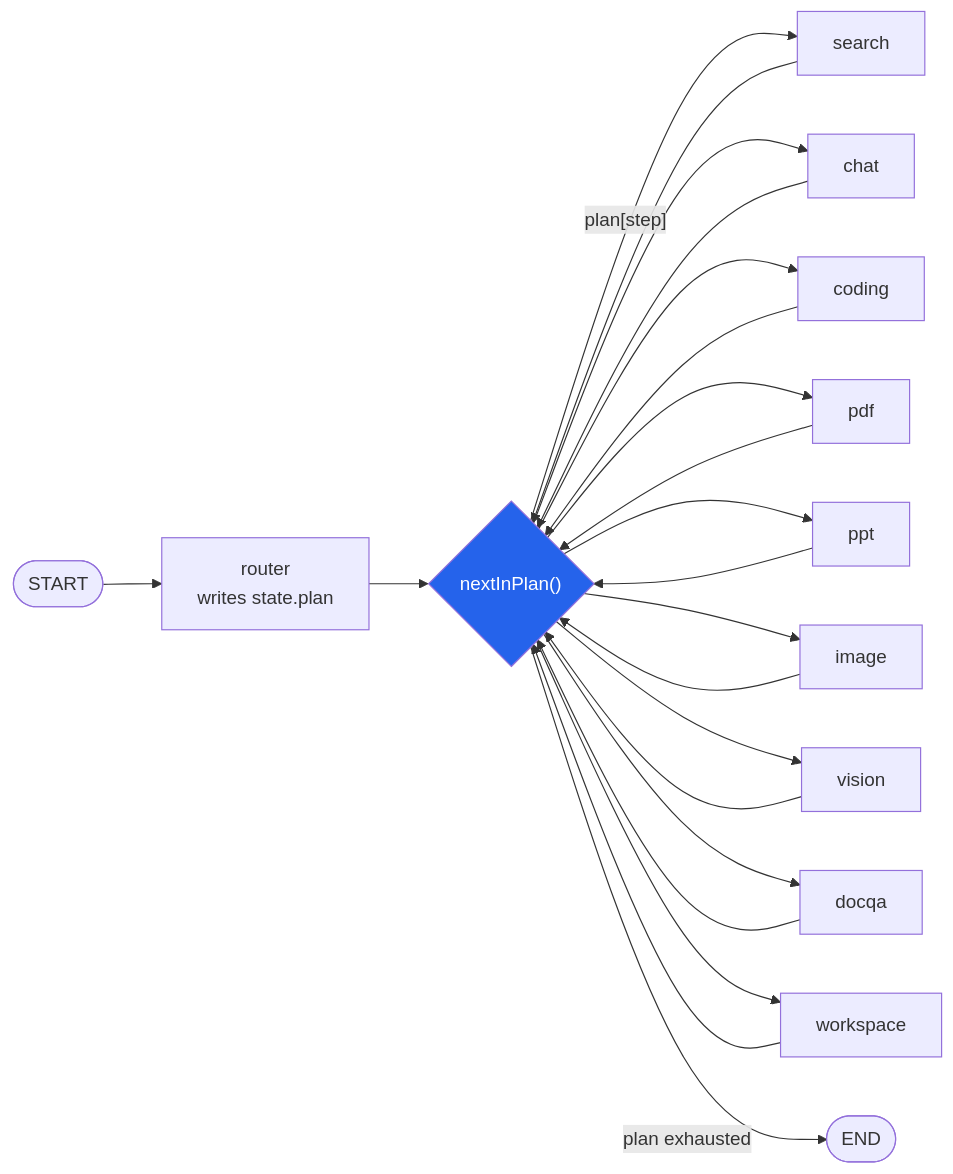
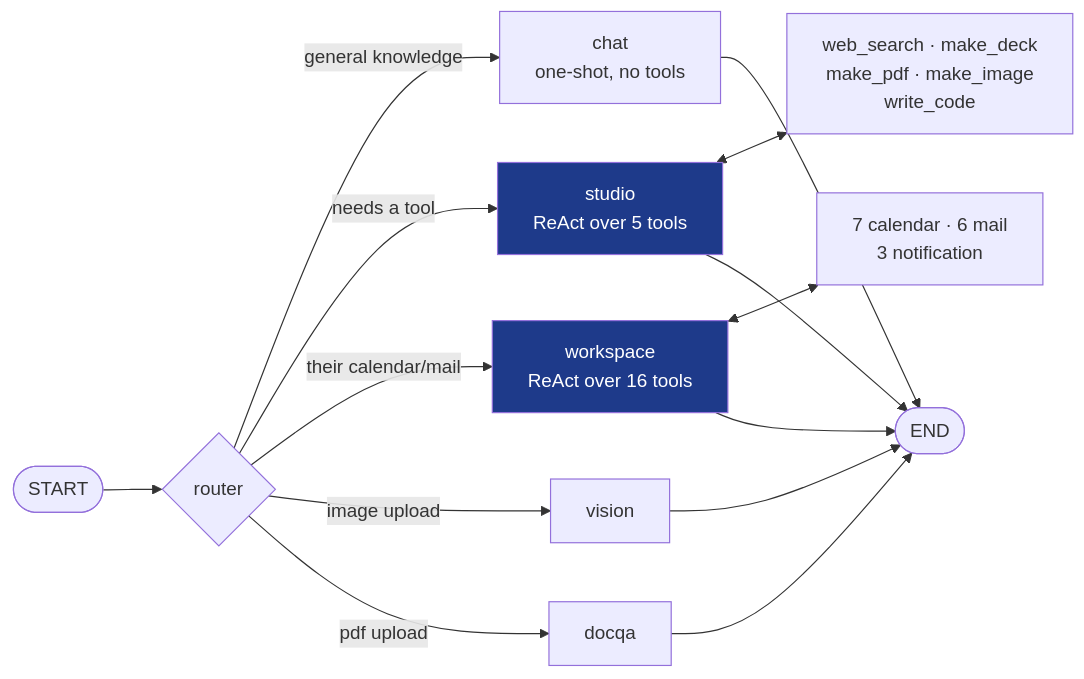
One commit to X-Rachit-X/AI_Secretary changed the second of 13 diagrams in docs/03-ARCHITECTURE.md. Above: the diagram before and after it, drawn with Mermaid. The commit also changed other lines of this file and 27 other files, not shown here.

First line of the commit message:
refactor: content capabilities are tools, not agents — delete the plan scheduler

````diff
--- a/docs/03-ARCHITECTURE.md
+++ b/docs/03-ARCHITECTURE.md
@@ -99,29 +99,22 @@
 ```mermaid
 graph LR
-    START(["START"]) --> ROUTER["router<br/>writes state.plan"]
-    ROUTER --> NEXT{"nextInPlan()"}
+    START(["START"]) --> R{"router"}
 
-    NEXT -->|"plan[step]"| SEARCH["search"]
-    NEXT --> CHAT["chat"]
-    NEXT --> CODING["coding"]
-    NEXT --> PDF["pdf"]
-    NEXT --> PPT["ppt"]
-    NEXT --> IMAGE["image"]
-    NEXT --> VISION["vision"]
-    NEXT --> DOCQA["docqa"]
-    NEXT --> WS["workspace"]
+    R -->|"general knowledge"| C["chat<br/>one-shot, no tools"]
+    R -->|"needs a tool"| S["studio<br/>ReAct over 5 tools"]
+    R -->|"their calendar/mail"| W["workspace<br/>ReAct over 16 tools"]
+    R -->|"image upload"| V["vision"]
+    R -->|"pdf upload"| D["docqa"]
 
-    SEARCH --> NEXT
-    CHAT --> NEXT
-    CODING --> NEXT
-    PDF --> NEXT
-    PPT --> NEXT
-    IMAGE --> NEXT
-    VISION --> NEXT
-    DOCQA --> NEXT
-    WS --> NEXT
+    S <--> ST["web_search · make_deck<br/>make_pdf · make_image<br/>write_code"]
+    W <--> WT["7 calendar · 6 mail<br/>3 notification"]
 
-    NEXT -->|"plan exhausted"| END(["END"])
+    C --> E(["END"])
+    S --> E
+    W --> E
+    V --> E
+    D --> E
 
-    style NEXT fill:#2563eb,color:#fff
+    style S fill:#1e3a8a,color:#fff
+    style W fill:#1e3a8a,color:#fff
 ```
````
